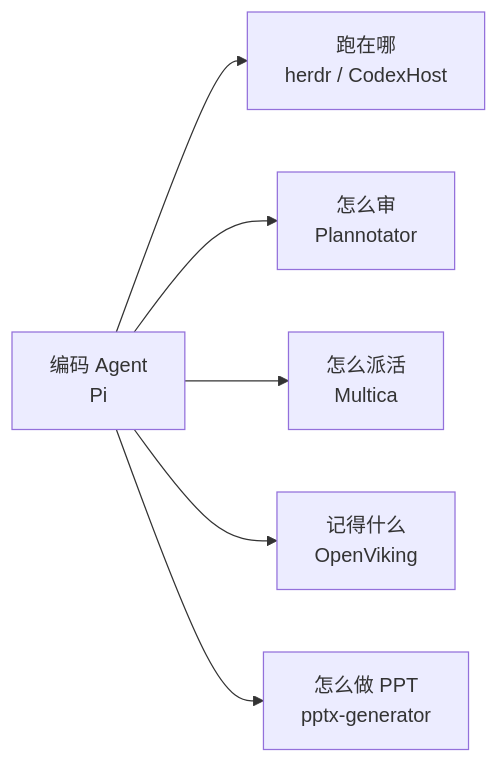
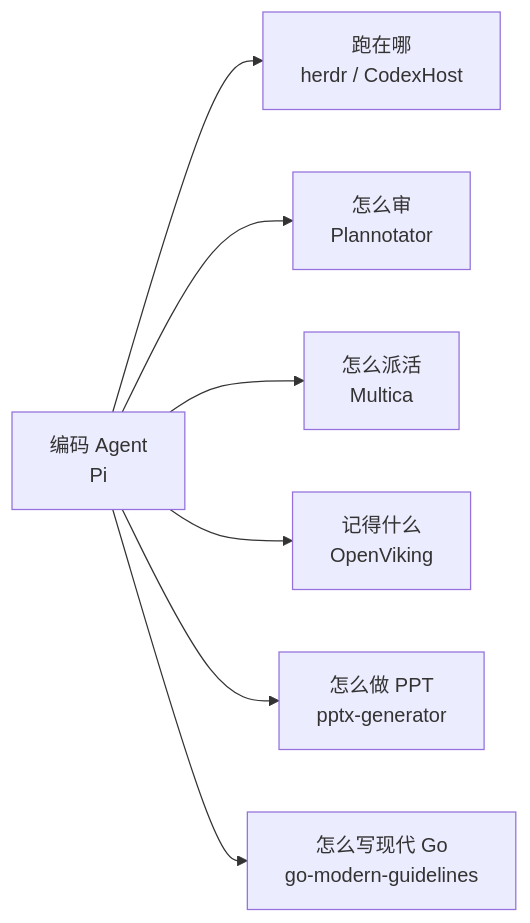
One commit to GODVvVZzz/godvvvzzz.github.io changed the diagram in content/post/awesome-open-source-repos/index.md. Above: the diagram before and after it, drawn with Mermaid. The commit also changed other lines of this file and 1 other file, not shown here.

Commit message:
content: add JetBrains go-modern-guidelines to open-source repos

````diff
--- a/content/post/awesome-open-source-repos/index.md
+++ b/content/post/awesome-open-source-repos/index.md
@@ -25,8 +25,9 @@
 ```mermaid
 flowchart LR
     A["编码 Agent<br/>Pi"] --> B["跑在哪<br/>herdr / CodexHost"]
     A --> C["怎么审<br/>Plannotator"]
     A --> D["怎么派活<br/>Multica"]
     A --> E["记得什么<br/>OpenViking"]
     A --> F["怎么做 PPT<br/>pptx-generator"]
+    A --> G["怎么写现代 Go<br/>go-modern-guidelines"]
 ```
````
